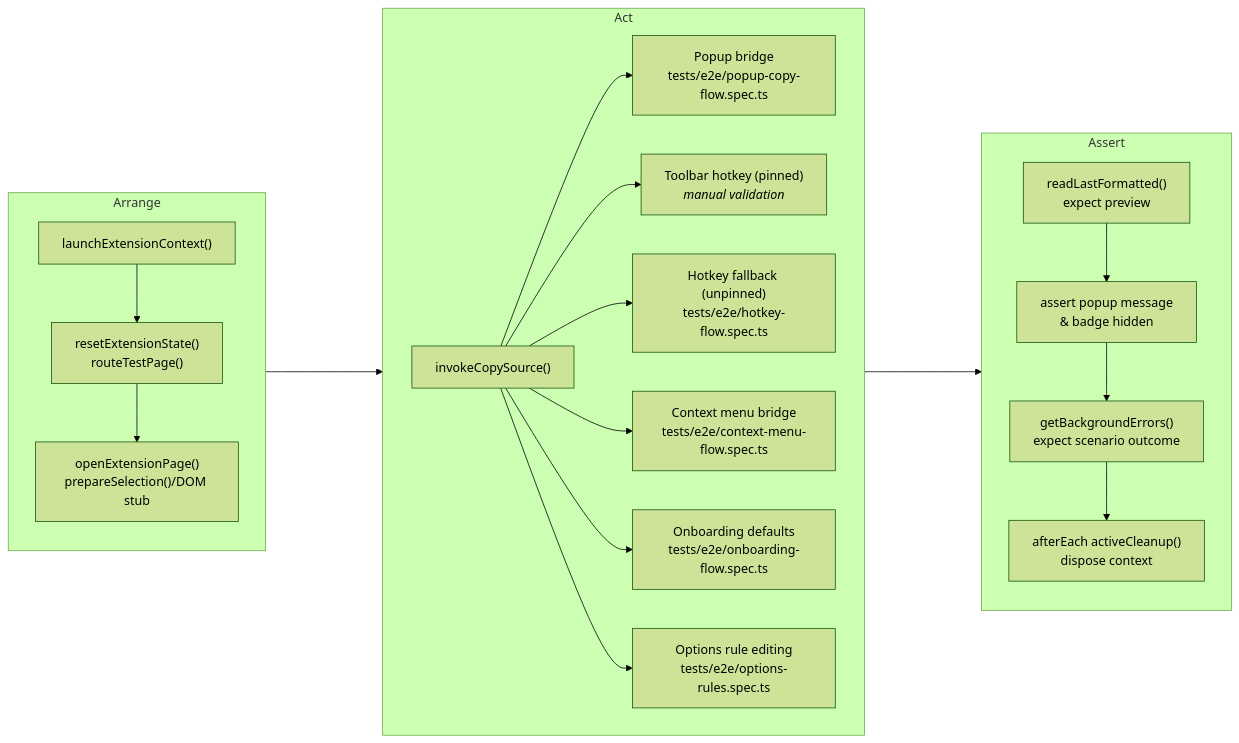
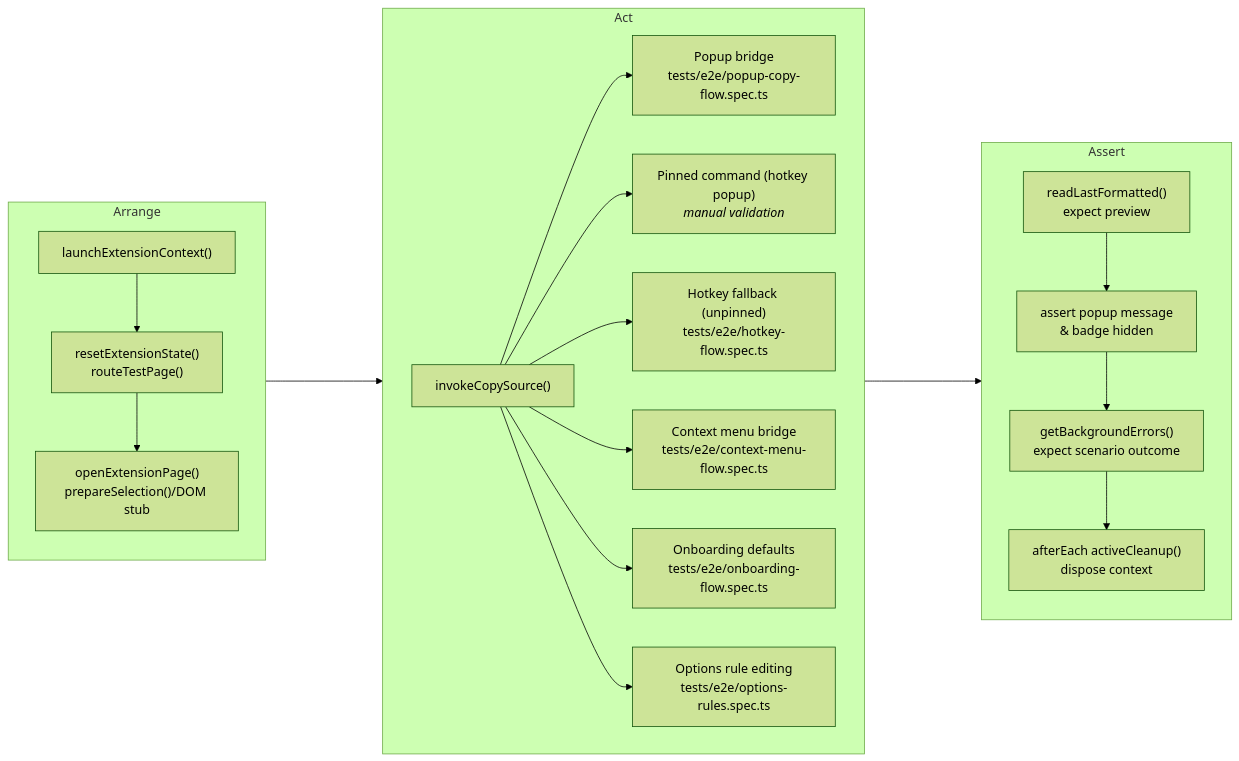
The diagram in docs/dev/test-coverage.md (PabloLION/MarkQuote), drawn with Mermaid (forest theme) before and after one commit. The commit also changed other lines of this file, not shown here.

Commit message:
docs(e2e): clarify manual coverage for popup triggers

````diff
--- a/docs/dev/test-coverage.md
+++ b/docs/dev/test-coverage.md
@@ -26,27 +26,27 @@
 ```mermaid
 flowchart LR
   %% Use IDs so we can link the subgraphs (not their inner nodes)
   subgraph ARR[Arrange]
     direction TB
     A["launchExtensionContext()"] --> B["resetExtensionState()<br/>routeTestPage()"] --> C["openExtensionPage()<br/>prepareSelection()/DOM stub"]
   end
   ARR ----> ACT
 
   subgraph ACT[Act]
     direction LR
     D["invokeCopySource()"]
     D --> D1["Popup bridge<br/>tests/e2e/popup-copy-flow.spec.ts"]
-    D --> D2["Toolbar hotkey (pinned)<br/><em>manual validation</em>"]
+    D --> D2["Pinned command (hotkey popup)<br/><em>manual validation</em>"]
     D --> D3["Hotkey fallback (unpinned)<br/>tests/e2e/hotkey-flow.spec.ts"]
     D --> D4["Context menu bridge<br/>tests/e2e/context-menu-flow.spec.ts"]
     D --> D5["Onboarding defaults<br/>tests/e2e/onboarding-flow.spec.ts"]
     D --> D6["Options rule editing<br/>tests/e2e/options-rules.spec.ts"]
   end
   ACT ----> ASS
 
   subgraph ASS[Assert]
     direction TB
     E["readLastFormatted()<br/>expect preview"] --> F["assert popup message<br/>& badge hidden"] --> G["getBackgroundErrors()<br/>expect scenario outcome"] --> H["afterEach activeCleanup()<br/>dispose context"]
   end
 
 ```
````
